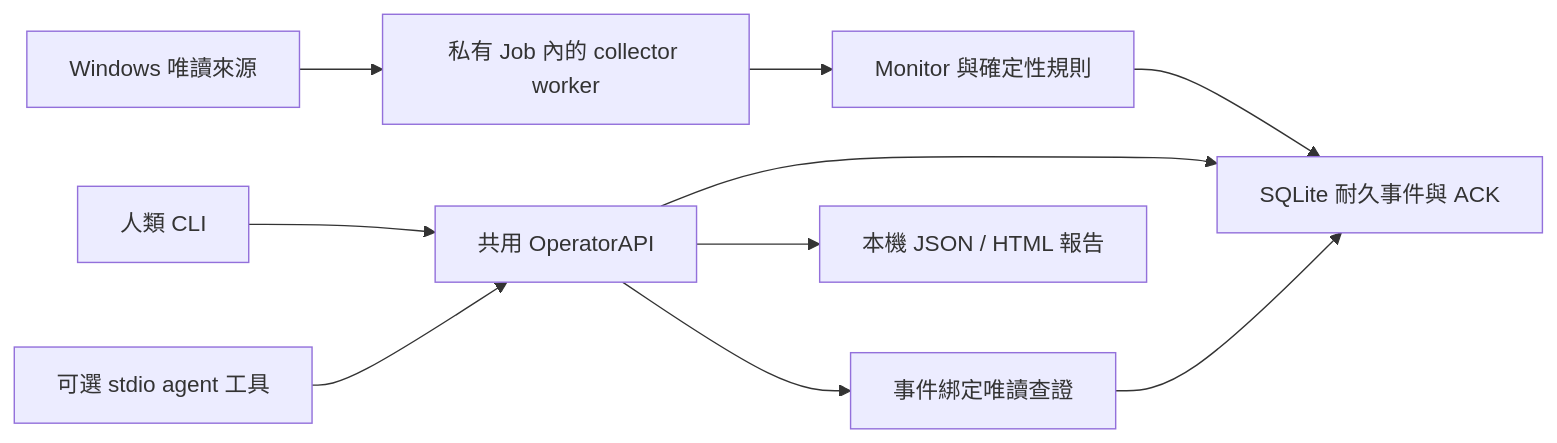
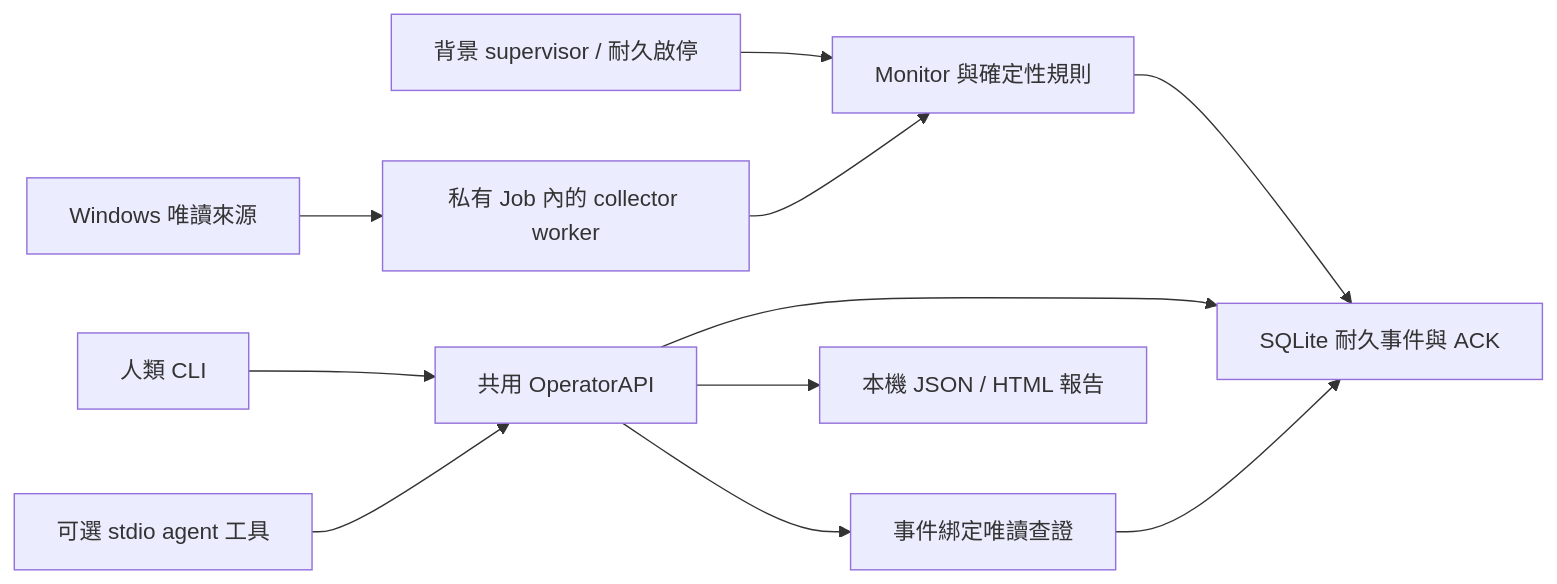
The diagram in README.md (SecludedCorner/EventGuard), drawn with Mermaid before and after one commit. The commit also changed other lines of this file and 24 other files, not shown here.

````diff
--- a/README.md
+++ b/README.md
@@ -9,12 +9,13 @@
 ```mermaid
 flowchart LR
+    B[背景 supervisor / 耐久啟停] --> M
     W[Windows 唯讀來源] --> J[私有 Job 內的 collector worker]
     J --> M[Monitor 與確定性規則]
     M --> S[SQLite 耐久事件與 ACK]
     H[人類 CLI] --> O[共用 OperatorAPI]
     A[可選 stdio agent 工具] --> O
     O --> S
     O --> Q[事件綁定唯讀查證]
     Q --> S
     O --> R[本機 JSON / HTML 報告]
 ```
````
